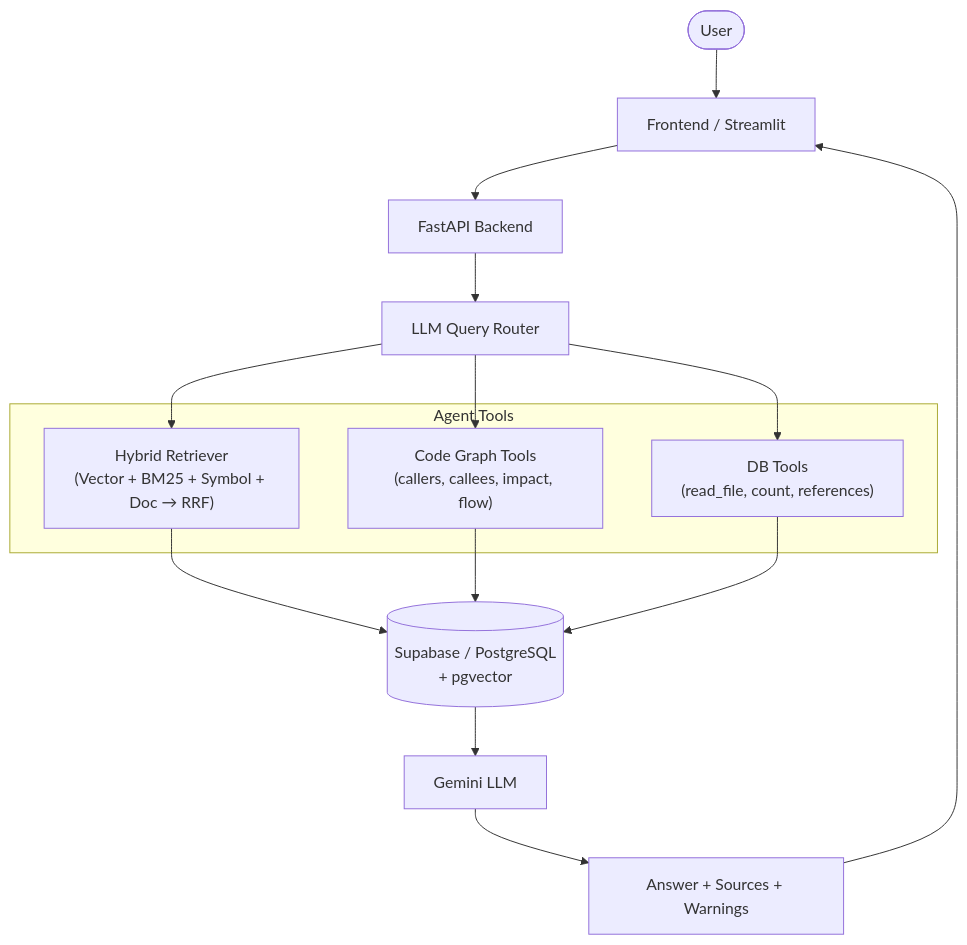
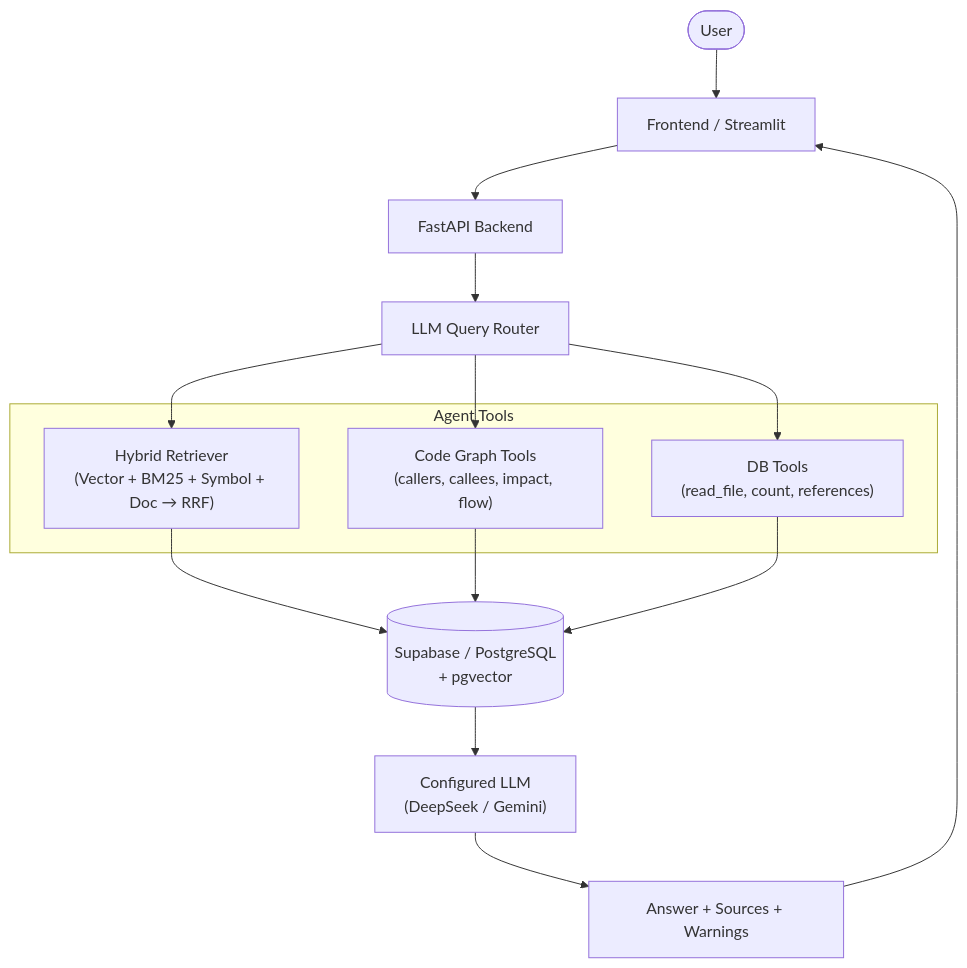
Before and after one commit to harilama05/agentic-python-repo-rag-copilot: the first of 3 diagrams in README.md, drawn with Mermaid. The commit also changed other lines of this file, not shown here.

Commit message:
docs: remove remaining hardcoded gemini references in architecture diagrams and router descriptions

````diff
--- a/README.md
+++ b/README.md
@@ -55,22 +55,22 @@
 ```mermaid
 flowchart TB
     User([User])
     FE["Frontend / Streamlit"]
     API["FastAPI Backend"]
     Router["LLM Query Router"]
 
     subgraph Agent Tools
         Hybrid["Hybrid Retriever\n(Vector + BM25 + Symbol + Doc → RRF)"]
         Graph["Code Graph Tools\n(callers, callees, impact, flow)"]
         DB["DB Tools\n(read_file, count, references)"]
     end
 
     PG[("Supabase / PostgreSQL\n+ pgvector")]
-    LLM["Gemini LLM"]
+    LLM["Configured LLM<br>(DeepSeek / Gemini)"]
     Resp["Answer + Sources + Warnings"]
 
     User --> FE --> API --> Router
     Router --> Hybrid & Graph & DB
     Hybrid & Graph & DB --> PG
     PG --> LLM --> Resp --> FE
 ```
````
